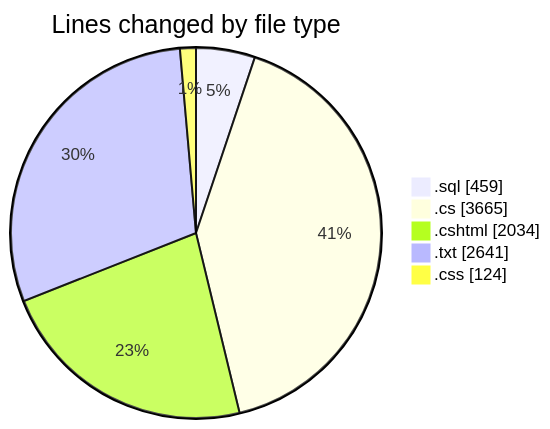
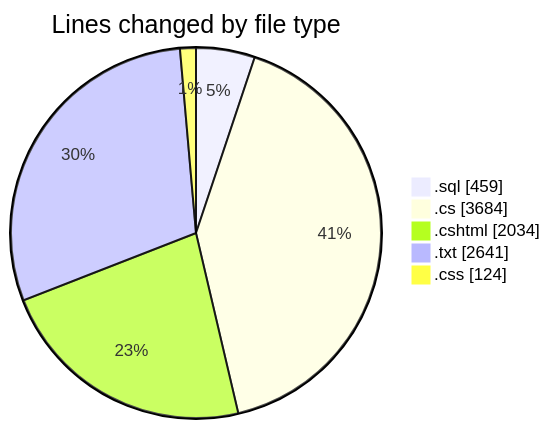
Before and after one commit to lephambinh05/code-tracking: the first of 2 diagrams in 2025-07-23/quanlyrapchieuphim/README.md, drawn with Mermaid. The commit also changed other lines of this file and 1 other file, not shown here.

````diff
--- a/2025-07-23/quanlyrapchieuphim/README.md
+++ b/2025-07-23/quanlyrapchieuphim/README.md
@@ -34,9 +34,9 @@
 ```mermaid
 pie showData
 title Lines changed by file type
 ".sql" : 459
-".cs" : 3665
+".cs" : 3684
 ".cshtml" : 2034
 ".txt" : 2641
 ".css" : 124
 ```
````
